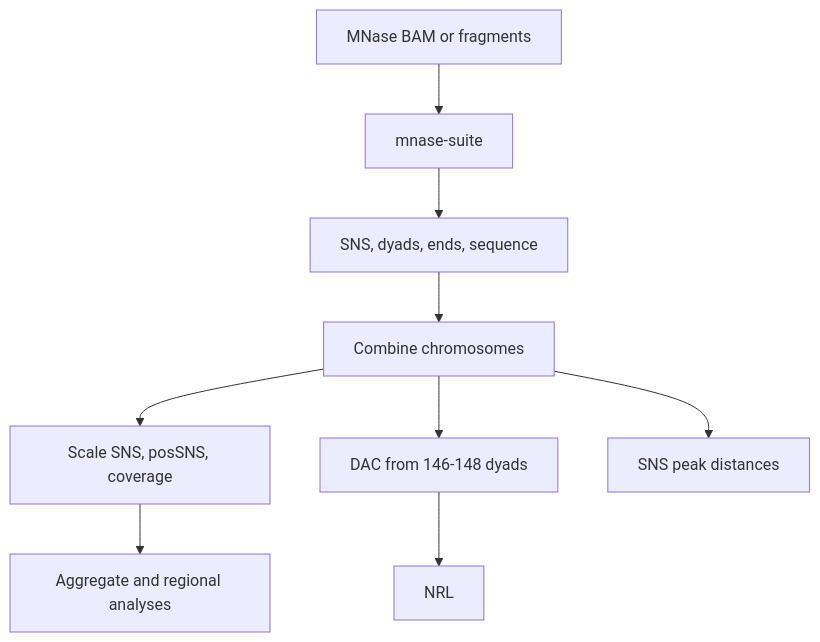
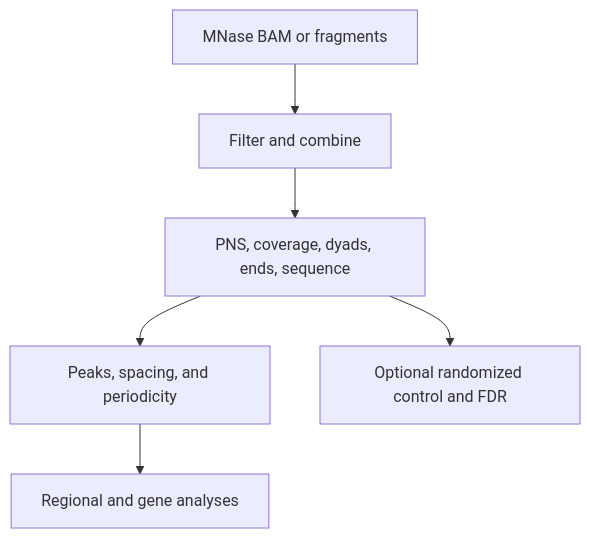
Before and after one commit to adjohnston85/NucleoSuite: the diagram in docs/commands/mnase-suite.md, drawn with Mermaid. The commit also changed other lines of this file and 71 other files, not shown here.

````diff
--- a/docs/commands/mnase-suite.md
+++ b/docs/commands/mnase-suite.md
@@ -25,11 +38,8 @@
 ```mermaid
 flowchart TB
-    A[MNase BAM or fragments] --> B[mnase-suite]
-    B --> C[SNS, dyads, ends, sequence]
-    C --> D[Combine chromosomes]
-    D --> E[Scale SNS, posSNS, coverage]
-    D --> F[DAC from 146-148 dyads]
-    F --> G[NRL]
-    E --> H[Aggregate and regional analyses]
-    D --> I[SNS peak distances]
+    A[MNase BAM or fragments] --> B[Filter and combine]
+    B --> C[PNS, coverage, dyads, ends, sequence]
+    C --> D[Peaks, spacing, and periodicity]
+    D --> E[Regional and gene analyses]
+    C --> F[Optional randomized control and FDR]
 ```
````
